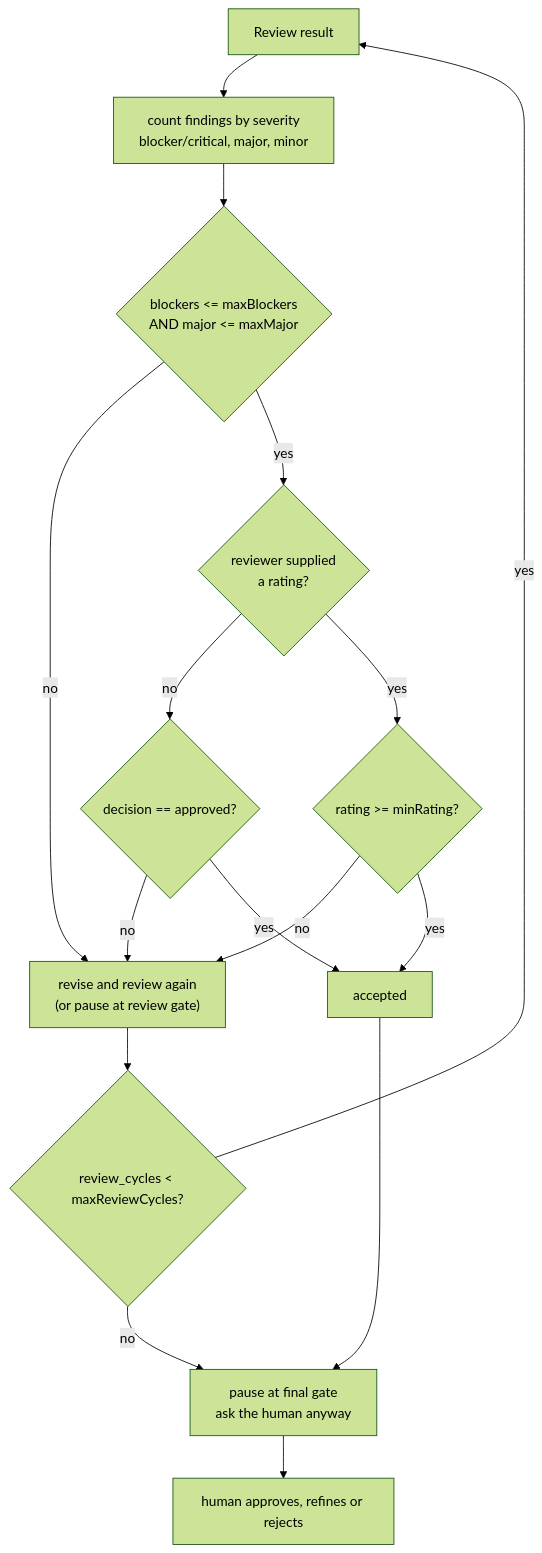
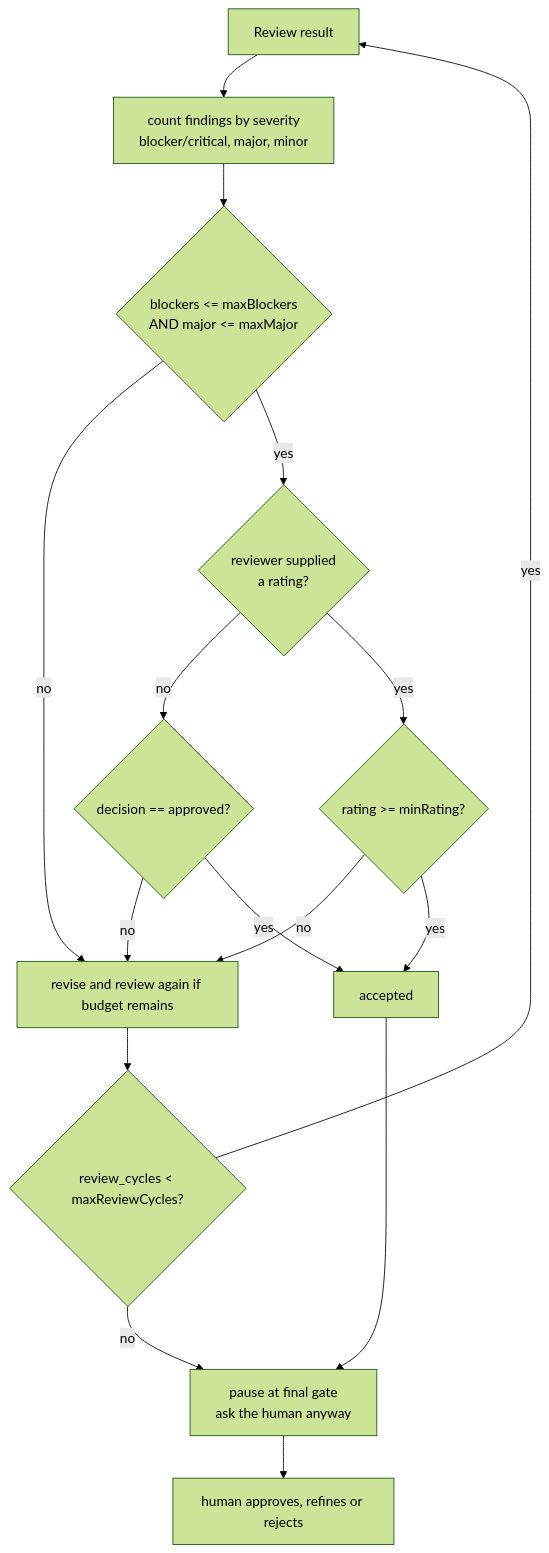
The seventh of 18 diagrams in docs/ARCHITECTURE.md (keensap/AIFactory), drawn with Mermaid (forest theme) before and after one commit. The commit also changed other lines of this file and 10 other files, not shown here.

````diff
--- a/docs/ARCHITECTURE.md
+++ b/docs/ARCHITECTURE.md
@@ -262,18 +258,18 @@
 ```mermaid
 flowchart TD
   review["Review result"] --> counts["count findings by severity<br/>blocker/critical, major, minor"]
   counts --> limits{"blockers <= maxBlockers<br/>AND major <= maxMajor"}
-  limits -- "no" --> revise["revise and review again<br/>(or pause at review gate)"]
+  limits -- "no" --> revise["revise and review again if budget remains"]
   limits -- "yes" --> rated{"reviewer supplied<br/>a rating?"}
   rated -- "no" --> decision{"decision == approved?"}
   decision -- "no" --> revise
   decision -- "yes" --> accepted["accepted"]
   rated -- "yes" --> threshold{"rating >= minRating?"}
   threshold -- "no" --> revise
   threshold -- "yes" --> accepted
   revise --> budget{"review_cycles < maxReviewCycles?"}
   budget -- "yes" --> review
   budget -- "no" --> finalGate["pause at final gate<br/>ask the human anyway"]
   accepted --> finalGate
   finalGate --> human["human approves, refines or rejects"]
 ```
````
